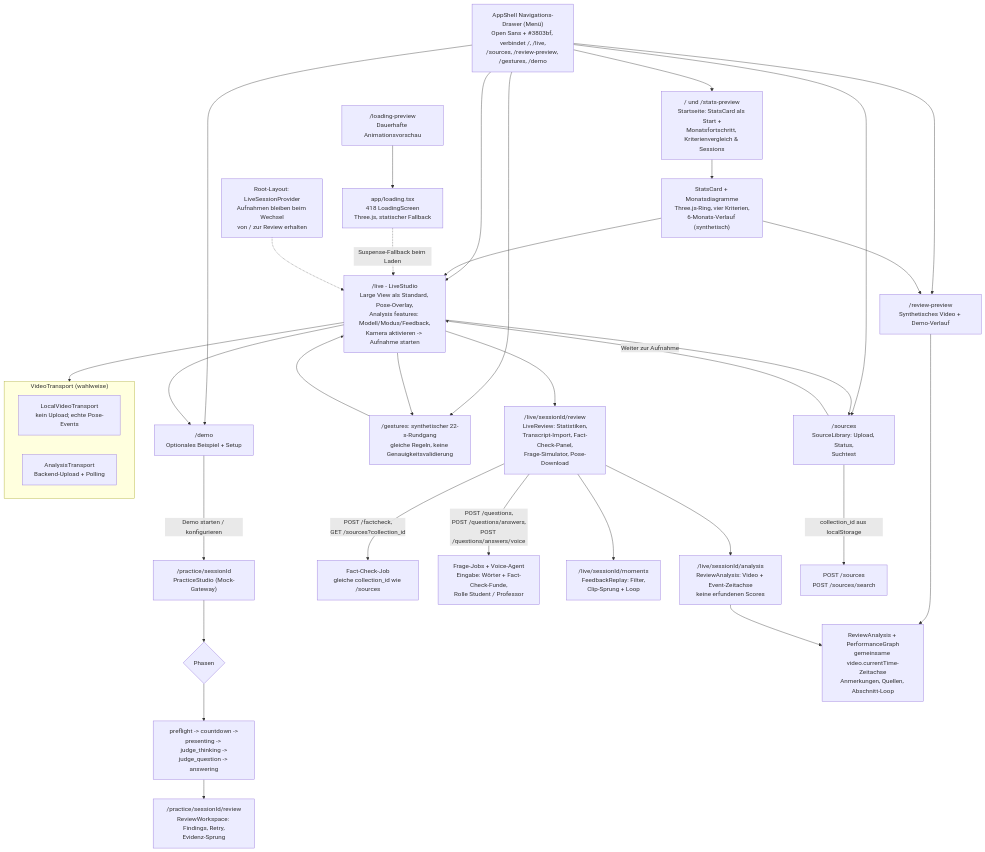
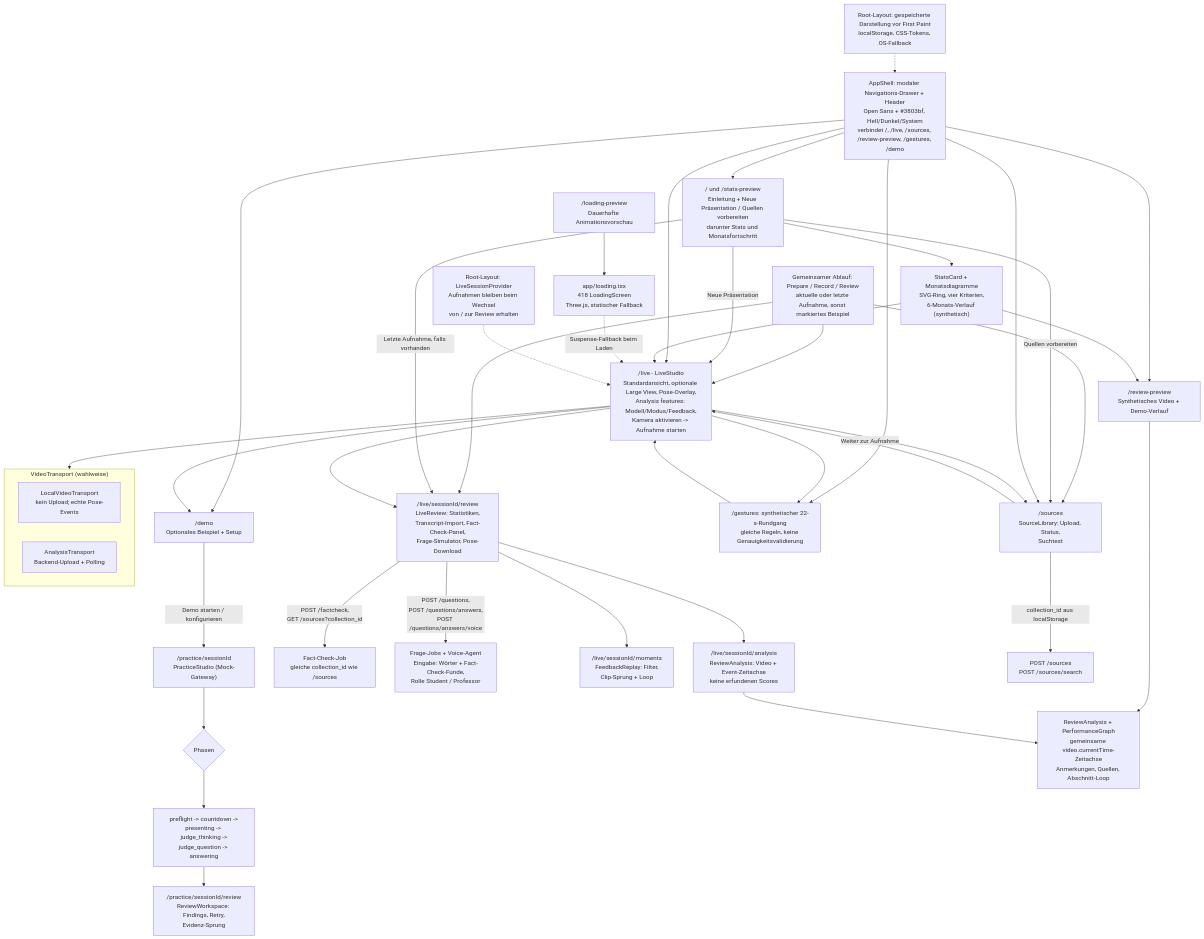
One commit to johannes3502/hackathon-fulda changed the eighth of 12 diagrams in docs/03-architecture.md. Above: the diagram before and after it, drawn with Mermaid. The commit also changed 15 other files, not shown here.

````diff
--- a/docs/03-architecture.md
+++ b/docs/03-architecture.md
@@ -395,44 +395,51 @@
 ```mermaid
 flowchart TD
-    DRAWER["AppShell Navigations-Drawer (Menü)<br/>Open Sans + #3803bf, verbindet /, /live,<br/>/sources, /review-preview, /gestures, /demo"]
+    DRAWER["AppShell: modaler Navigations-Drawer + Header<br/>Open Sans + #3803bf, Hell/Dunkel/System<br/>verbindet /, /live, /sources, /review-preview, /gestures, /demo"]
+    THEME["Root-Layout: gespeicherte Darstellung vor First Paint<br/>localStorage, CSS-Tokens, OS-Fallback"] -.-> DRAWER
+    JOURNEY["Gemeinsamer Ablauf: Prepare / Record / Review<br/>aktuelle oder letzte Aufnahme, sonst markiertes Beispiel"] --> SRC
+    JOURNEY --> LIVE
+    JOURNEY --> LREV
     LOADING["app/loading.tsx<br/>418 LoadingScreen<br/>Three.js, statischer Fallback"]
     LP["/loading-preview<br/>Dauerhafte Animationsvorschau"] --> LOADING
-    SP["/ und /stats-preview<br/>Startseite: StatsCard als Start +<br/>Monatsfortschritt, Kriterienvergleich & Sessions"] --> SC["StatsCard + Monatsdiagramme<br/>Three.js-Ring, vier Kriterien,<br/>6-Monats-Verlauf (synthetisch)"]
+    SP["/ und /stats-preview<br/>Einleitung + Neue Präsentation / Quellen vorbereiten<br/>darunter Stats und Monatsfortschritt"] --> SC["StatsCard + Monatsdiagramme<br/>SVG-Ring, vier Kriterien,<br/>6-Monats-Verlauf (synthetisch)"]
+    SP -->|"Neue Präsentation"| LIVE
+    SP -->|"Quellen vorbereiten"| SRC
+    SP -->|"Letzte Aufnahme, falls vorhanden"| LREV
     DRAWER --> SP
     DRAWER --> LIVE
     DRAWER --> SRC
     DRAWER --> RP
     DRAWER --> WALK
     DRAWER --> DEMOPAGE
     SC --> RP["/review-preview<br/>Synthetisches Video + Demo-Verlauf"]
     SC --> LIVE
     LOADING -. "Suspense-Fallback beim Laden" .-> LIVE
-    LIVE["/live - LiveStudio<br/>Large View als Standard, Pose-Overlay,<br/>Analysis features: Modell/Modus/Feedback,<br/>Kamera aktivieren -> Aufnahme starten"]
+    LIVE["/live - LiveStudio<br/>Standardansicht, optionale Large View, Pose-Overlay,<br/>Analysis features: Modell/Modus/Feedback,<br/>Kamera aktivieren -> Aufnahme starten"]
     STORE["Root-Layout: LiveSessionProvider<br/>Aufnahmen bleiben beim Wechsel<br/>von / zur Review erhalten"] -.-> LIVE
     LIVE --> DEMOPAGE["/demo<br/>Optionales Beispiel + Setup"]
     DEMOPAGE -->|"Demo starten / konfigurieren"| PRAC["/practice/sessionId<br/>PracticeStudio (Mock-Gateway)"]
     LIVE --> SRC["/sources<br/>SourceLibrary: Upload, Status,<br/>Suchtest"]
     SRC -->|"Weiter zur Aufnahme"| LIVE
     LIVE --> WALK["/gestures: synthetischer 22-s-Rundgang<br/>gleiche Regeln, keine Genauigkeitsvalidierung"]
     WALK --> LIVE
 
     PRAC --> STATE{"Phasen"}
     STATE --> P1["preflight -> countdown -><br/>presenting -> judge_thinking -><br/>judge_question -> answering"]
     P1 --> PREV["/practice/sessionId/review<br/>ReviewWorkspace: Findings, Retry,<br/>Evidenz-Sprung"]
 
     LIVE --> LREV["/live/sessionId/review<br/>LiveReview: Statistiken,<br/>Transcript-Import, Fact-Check-Panel,<br/>Frage-Simulator, Pose-Download"]
     LREV -->|"POST /factcheck,<br/>GET /sources?collection_id"| FCAPI["Fact-Check-Job<br/>gleiche collection_id wie /sources"]
     LREV -->|"POST /questions,<br/>POST /questions/answers,<br/>POST /questions/answers/voice"| QAPI["Frage-Jobs + Voice-Agent<br/>Eingabe: Wörter + Fact-Check-Funde,<br/>Rolle Student / Professor"]
     LREV --> MOM["/live/sessionId/moments<br/>FeedbackReplay: Filter,<br/>Clip-Sprung + Loop"]
     LREV --> LA["/live/sessionId/analysis<br/>ReviewAnalysis: Video + Event-Zeitachse<br/>keine erfundenen Scores"]
     RP --> RA["ReviewAnalysis + PerformanceGraph<br/>gemeinsame video.currentTime-Zeitachse<br/>Anmerkungen, Quellen, Abschnitt-Loop"]
     LA --> RA
 
     SRC -->|"collection_id aus localStorage"| UPLOAD["POST /sources<br/>POST /sources/search"]
 
     subgraph Transport["VideoTransport (wahlweise)"]
         DEMO["LocalVideoTransport<br/>kein Upload; echte Pose-Events"]
         ANA["AnalysisTransport<br/>Backend-Upload + Polling"]
     end
     LIVE --> Transport
 ```
````
